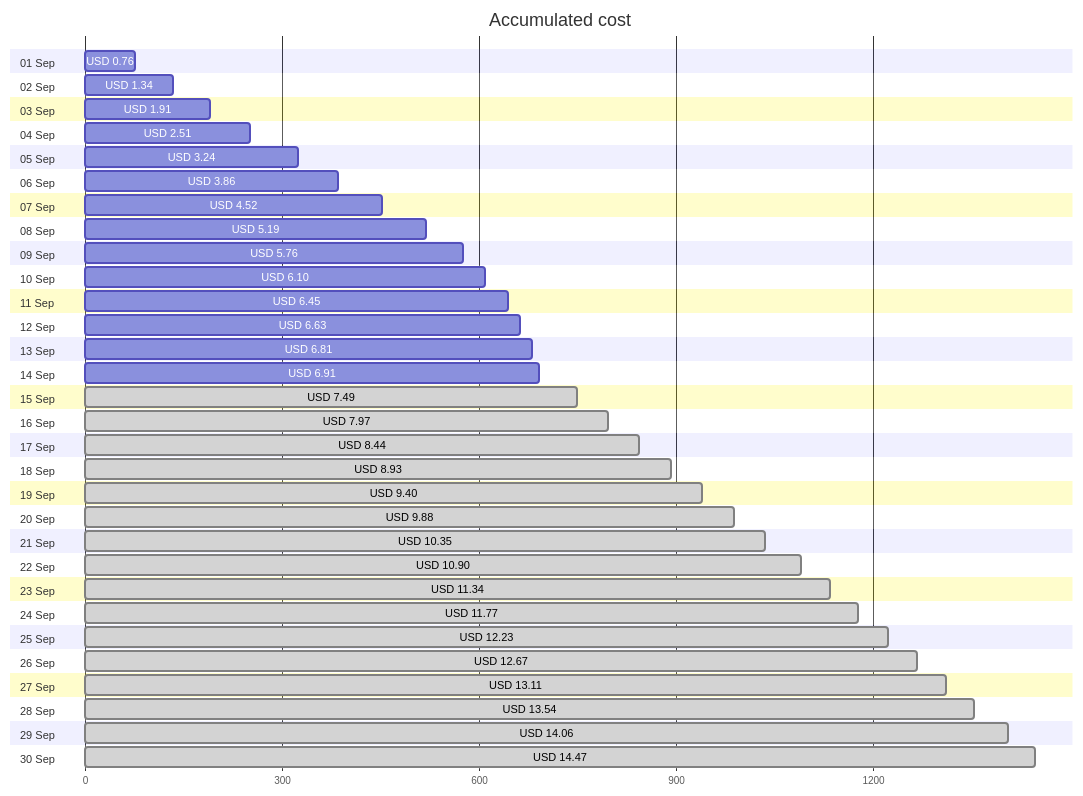
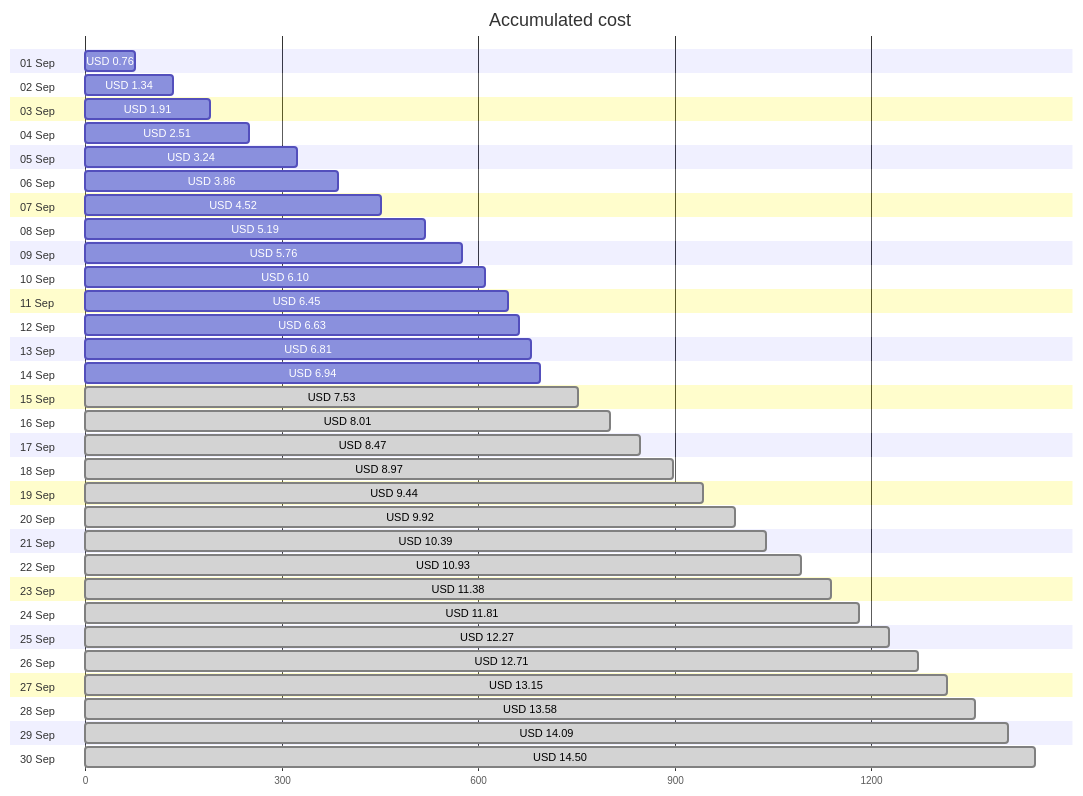
The first of 4 diagrams in cost-reports/personal-network/ubuntu-vpn-server-spot.md (jpfulton/azure-personal-reports), drawn with Mermaid before and after one commit. The commit also changed other lines of this file and 34 other files, not shown here.

````diff
--- a/cost-reports/personal-network/ubuntu-vpn-server-spot.md
+++ b/cost-reports/personal-network/ubuntu-vpn-server-spot.md
@@ -20,66 +20,66 @@
 ```mermaid
 gantt
    title Accumulated cost
    dateFormat  X
    axisFormat %s
    section 01 Sep
    USD 0.76 :0, 76
    section 02 Sep
    USD 1.34 :0, 134
    section 03 Sep
    USD 1.91 :0, 191
    section 04 Sep
    USD 2.51 :0, 251
    section 05 Sep
    USD 3.24 :0, 324
    section 06 Sep
    USD 3.86 :0, 386
    section 07 Sep
    USD 4.52 :0, 452
    section 08 Sep
    USD 5.19 :0, 519
    section 09 Sep
    USD 5.76 :0, 576
    section 10 Sep
    USD 6.10 :0, 610
    section 11 Sep
    USD 6.45 :0, 645
    section 12 Sep
    USD 6.63 :0, 663
    section 13 Sep
    USD 6.81 :0, 681
    section 14 Sep
-   USD 6.91 :0, 691
+   USD 6.94 :0, 694
    section 15 Sep
-   USD 7.49 : done, 0, 749
+   USD 7.53 : done, 0, 753
    section 16 Sep
-   USD 7.97 : done, 0, 797
+   USD 8.01 : done, 0, 801
    section 17 Sep
-   USD 8.44 : done, 0, 844
+   USD 8.47 : done, 0, 847
    section 18 Sep
-   USD 8.93 : done, 0, 893
+   USD 8.97 : done, 0, 897
    section 19 Sep
-   USD 9.40 : done, 0, 940
+   USD 9.44 : done, 0, 944
    section 20 Sep
-   USD 9.88 : done, 0, 988
+   USD 9.92 : done, 0, 992
    section 21 Sep
-   USD 10.35 : done, 0, 1035
+   USD 10.39 : done, 0, 1039
    section 22 Sep
-   USD 10.90 : done, 0, 1090
+   USD 10.93 : done, 0, 1093
    section 23 Sep
-   USD 11.34 : done, 0, 1134
+   USD 11.38 : done, 0, 1138
    section 24 Sep
-   USD 11.77 : done, 0, 1177
+   USD 11.81 : done, 0, 1181
    section 25 Sep
-   USD 12.23 : done, 0, 1223
+   USD 12.27 : done, 0, 1227
    section 26 Sep
-   USD 12.67 : done, 0, 1267
+   USD 12.71 : done, 0, 1271
    section 27 Sep
-   USD 13.11 : done, 0, 1311
+   USD 13.15 : done, 0, 1315
    section 28 Sep
-   USD 13.54 : done, 0, 1354
+   USD 13.58 : done, 0, 1358
    section 29 Sep
-   USD 14.06 : done, 0, 1406
+   USD 14.09 : done, 0, 1409
    section 30 Sep
-   USD 14.47 : done, 0, 1447
+   USD 14.50 : done, 0, 1450
 ```
````
